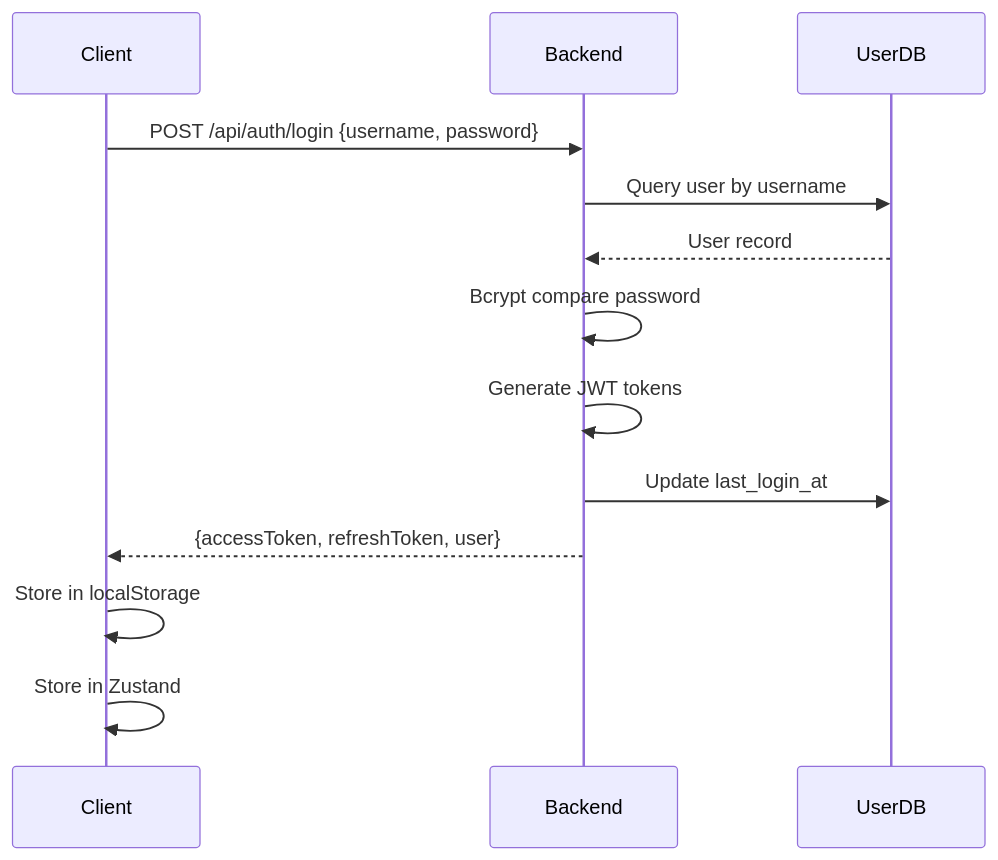
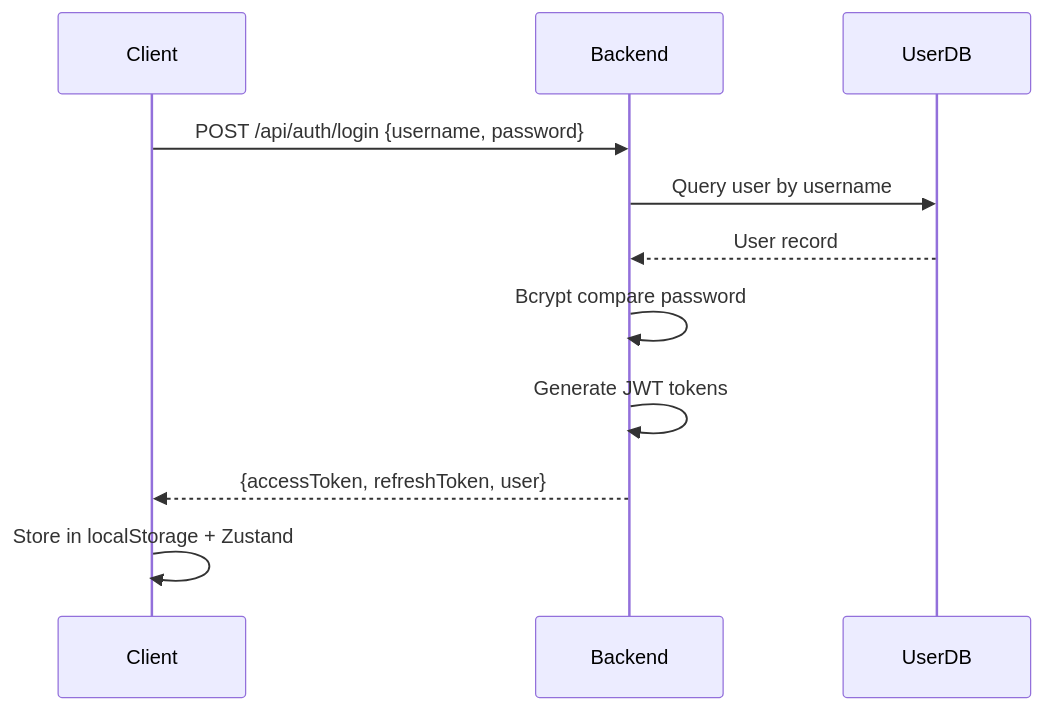
Before and after one commit to darkraise/flashpoint-web: the third of 3 diagrams in docs/02-architecture/system-architecture.md, drawn with Mermaid. The commit also changed other lines of this file and 98 other files, not shown here.

````diff
--- a/docs/02-architecture/system-architecture.md
+++ b/docs/02-architecture/system-architecture.md
@@ -300,16 +245,14 @@
 ```mermaid
 sequenceDiagram
     participant Client
     participant Backend
     participant UserDB
 
     Client->>Backend: POST /api/auth/login {username, password}
     Backend->>UserDB: Query user by username
     UserDB-->>Backend: User record
     Backend->>Backend: Bcrypt compare password
     Backend->>Backend: Generate JWT tokens
-    Backend->>UserDB: Update last_login_at
     Backend-->>Client: {accessToken, refreshToken, user}
-    Client->>Client: Store in localStorage
-    Client->>Client: Store in Zustand
+    Client->>Client: Store in localStorage + Zustand
 ```
````
